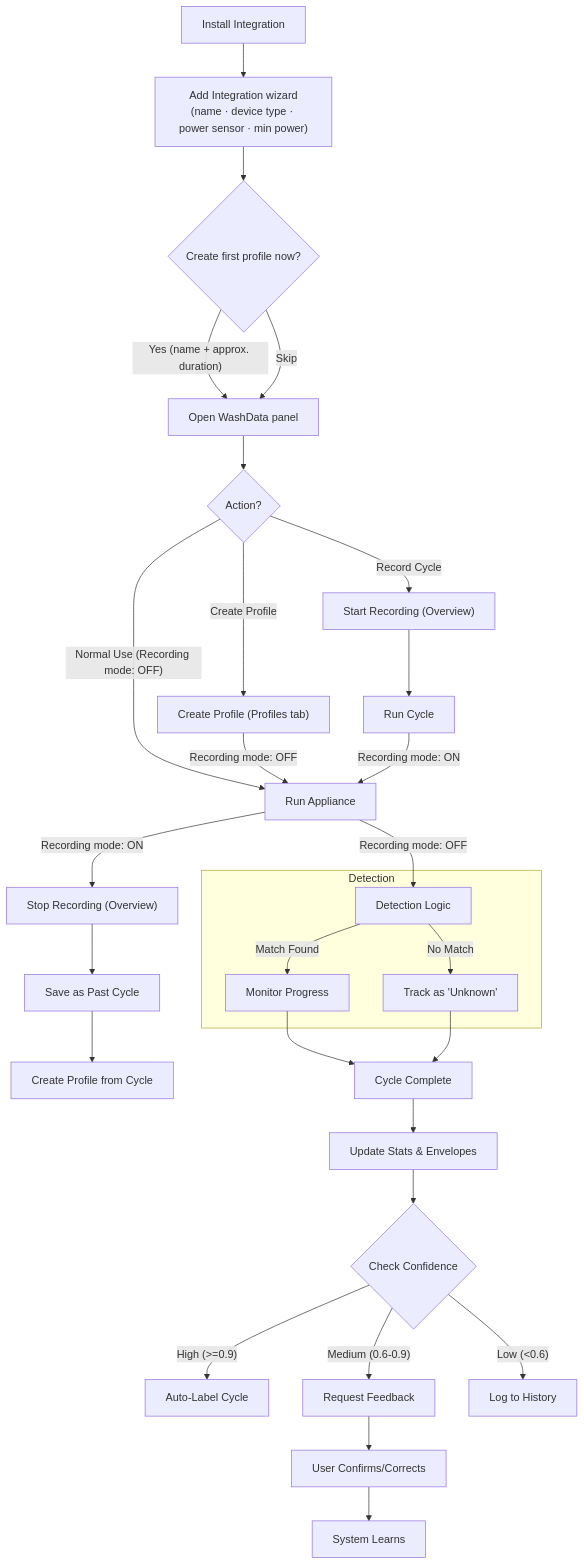
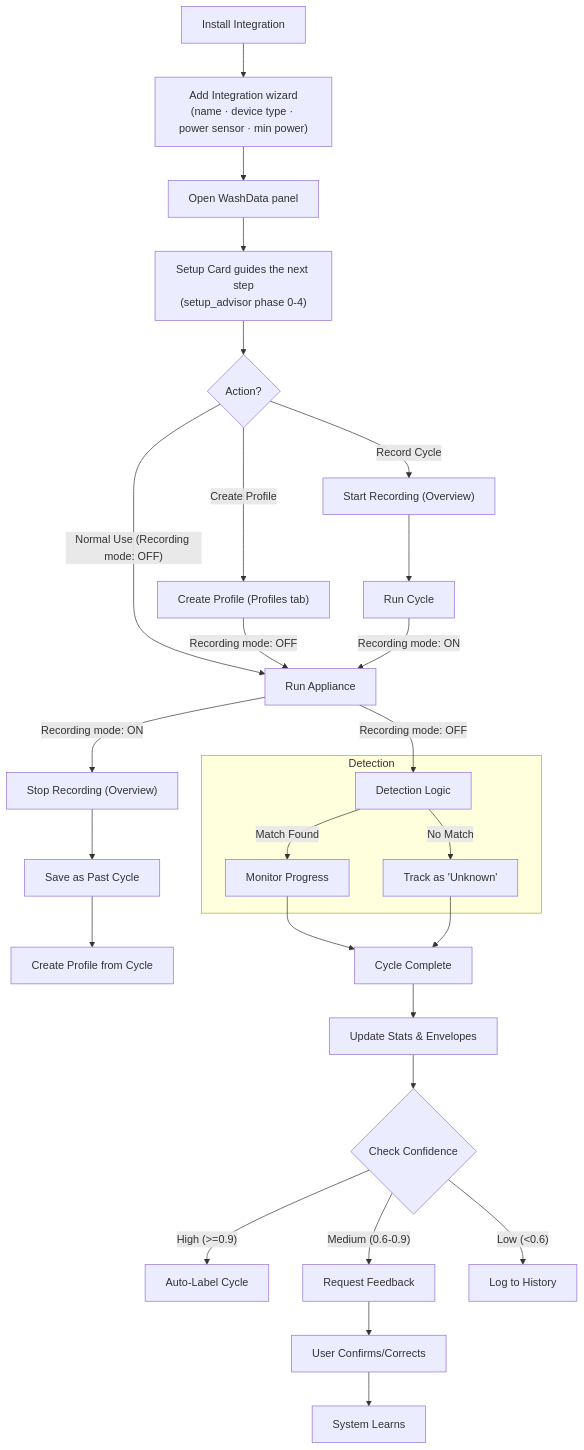
The third of 10 diagrams in IMPLEMENTATION.md (3dg1luk43/ha_washdata), drawn with Mermaid before and after one commit. The commit also changed other lines of this file and 7 other files, not shown here.

````diff
--- a/IMPLEMENTATION.md
+++ b/IMPLEMENTATION.md
@@ -34,41 +621,40 @@
 ```mermaid
 graph TD
     A[Install Integration] --> B["Add Integration wizard<br/>(name · device type · power sensor · min power)"]
-    B --> B2{"Create first profile now?"}
-    B2 -- "Yes (name + approx. duration)" --> W[Open WashData panel]
-    B2 -- "Skip" --> W
-    W --> C{Action?}
+    B --> W[Open WashData panel]
+    W --> SC["Setup Card guides the next step<br/>(setup_advisor phase 0-4)"]
+    SC --> C{Action?}
     
     C -- "Create Profile" --> D["Create Profile (Profiles tab)"]
     C -- "Record Cycle" --> E["Start Recording (Overview)"]
     C -- "Normal Use (Recording mode: OFF)" -->  F["Run Appliance"]
     
     D -- "Recording mode: OFF" -->  F
     
     E --> G[Run Cycle]
     G -- "Recording mode: ON" --> F
     F -- "Recording mode: ON" -->  H["Stop Recording (Overview)"]
     H --> I[Save as Past Cycle]
     I --> J[Create Profile from Cycle]
 
     
     F -- "Recording mode: OFF" -->  K[Detection Logic]
     
     subgraph Detection
     K -- "Match Found" --> L[Monitor Progress]
     K -- "No Match" --> M["Track as 'Unknown'"]
     end
     
     L --> N[Cycle Complete]
     M --> N
     
-    N --> O[Update Stats & Envelopes]
+    N --> O["Update Stats &amp; Envelopes"]
     O --> P{Check Confidence}
     
     P -- "High (>=0.9)" --> Q[Auto-Label Cycle]
     P -- "Medium (0.6-0.9)" --> R[Request Feedback]
     P -- "Low (<0.6)" --> S[Log to History]
     
     R --> T["User Confirms/Corrects"]
     T --> U["System Learns"]
 ```
````
